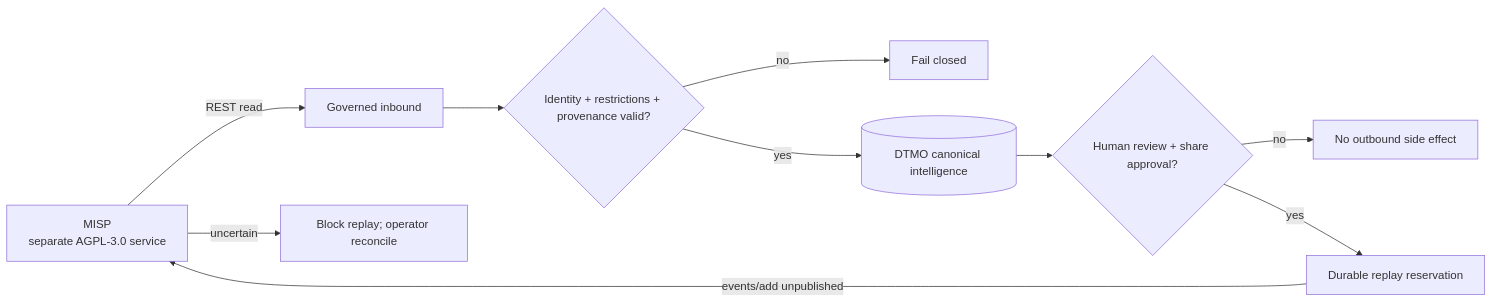
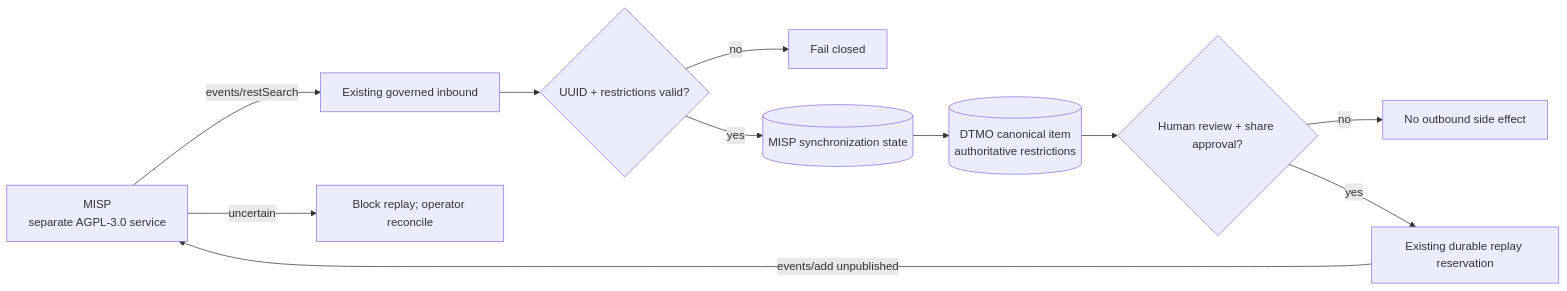
Before and after one commit to GJvManen/dtmo: the second of 2 diagrams in docs/roadmap/PLATFORM_INDUSTRIALISATION_ROADMAP.md, drawn with Mermaid. The commit also changed other lines of this file, not shown here.

Commit message:
Advance Phase 11.5 to synchronization-state implementation

````diff
--- a/docs/roadmap/PLATFORM_INDUSTRIALISATION_ROADMAP.md
+++ b/docs/roadmap/PLATFORM_INDUSTRIALISATION_ROADMAP.md
@@ -86,12 +81,13 @@
 ```mermaid
 flowchart LR
-    M[MISP\nseparate AGPL-3.0 service] -->|REST read| R[Governed inbound]
-    R --> V{Identity + restrictions + provenance valid?}
+    M[MISP\nseparate AGPL-3.0 service] -->|events/restSearch| R[Existing governed inbound]
+    R --> V{UUID + restrictions valid?}
     V -->|no| X[Fail closed]
-    V -->|yes| D[(DTMO canonical intelligence)]
+    V -->|yes| S[(MISP synchronization state)]
+    S --> D[(DTMO canonical item\nauthoritative restrictions)]
     D --> H{Human review + share approval?}
     H -->|no| N[No outbound side effect]
-    H -->|yes| P[Durable replay reservation]
+    H -->|yes| P[Existing durable replay reservation]
     P -->|events/add unpublished| M
     M -->|uncertain| U[Block replay; operator reconcile]
 ```
````
